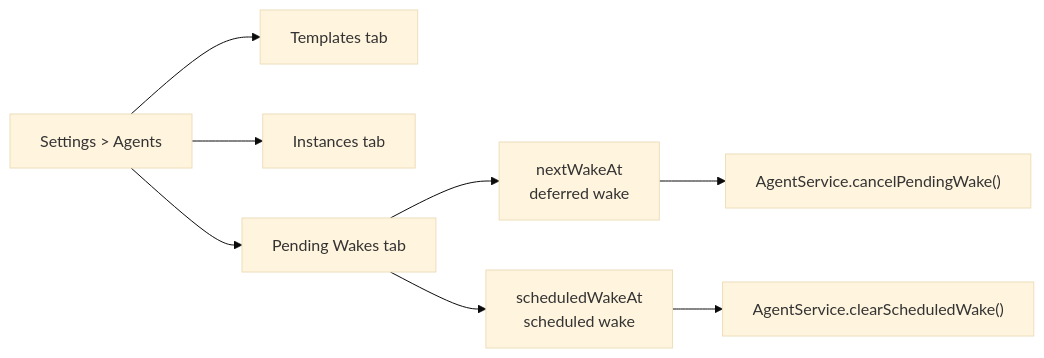
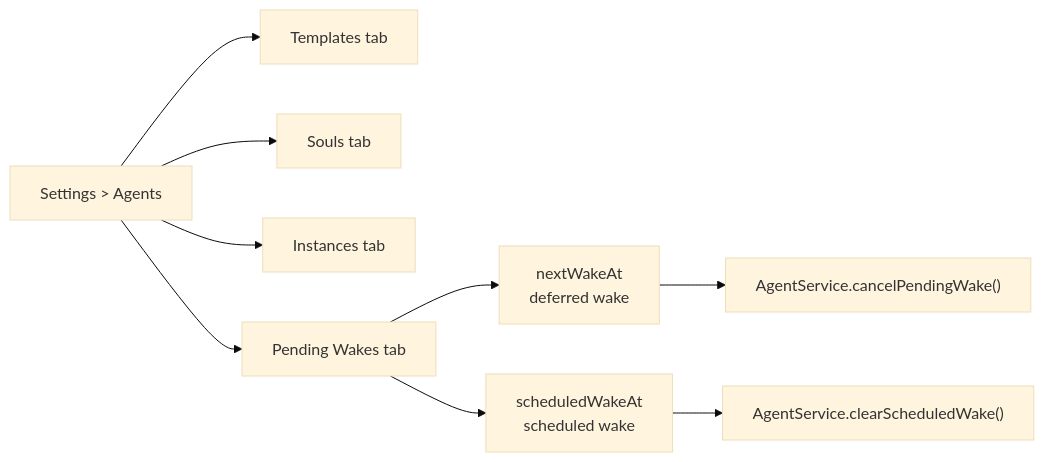
One commit to matthiasn/lotti changed the third of 12 diagrams in lib/features/agents/README.md. Above: the diagram before and after it, drawn with Mermaid (base theme). The commit also changed 19 other files, not shown here.

````diff
--- a/lib/features/agents/README.md
+++ b/lib/features/agents/README.md
@@ -122,12 +122,13 @@
 ```mermaid
 flowchart LR
   Settings["Settings > Agents"] --> Templates["Templates tab"]
+  Settings --> Souls["Souls tab"]
   Settings --> Instances["Instances tab"]
   Settings --> Pending["Pending Wakes tab"]
 
   Pending --> Throttle["nextWakeAt<br/>deferred wake"]
   Pending --> Schedule["scheduledWakeAt<br/>scheduled wake"]
 
   Throttle --> CancelPending["AgentService.cancelPendingWake()"]
   Schedule --> ClearScheduled["AgentService.clearScheduledWake()"]
 ```
````
